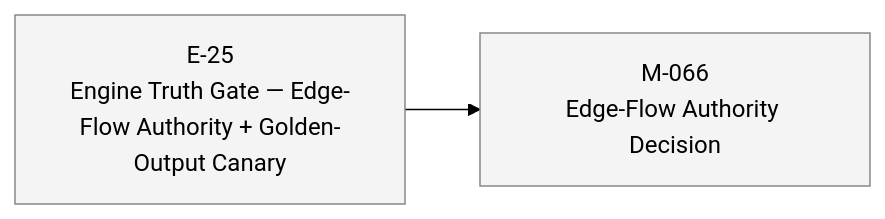
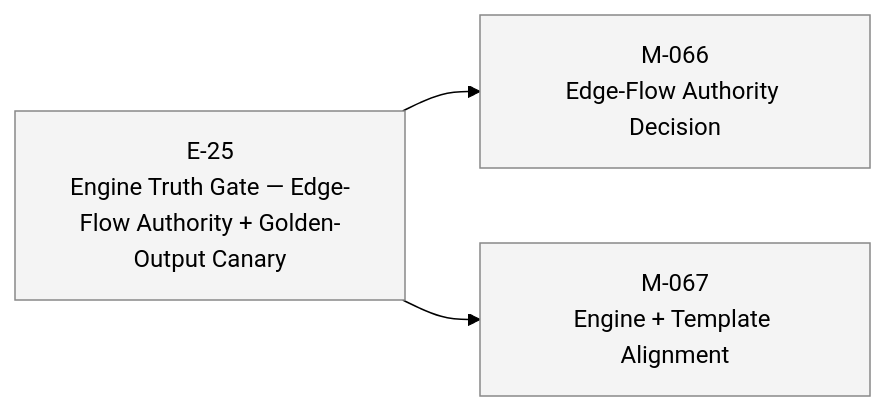
One commit to 23min/FlowTime changed the diagram in STATUS.md. Above: the diagram before and after it, drawn with Mermaid (forest theme). The commit also changed other lines of this file and 1 other file, not shown here.

First line of the commit message:
aiwf add milestone M-067 "Engine + Template Alignment"

````diff
--- a/STATUS.md
+++ b/STATUS.md
@@ -27,12 +28,14 @@
 ```mermaid
 flowchart LR
   E_25["E-25<br/>Engine Truth Gate — Edge-Flow Authority + Golden-Output Canary"]:::epic_proposed
   M_066["M-066<br/>Edge-Flow Authority Decision"]:::ms_draft
   E_25 --> M_066
+  M_067["M-067<br/>Engine + Template Alignment"]:::ms_draft
+  E_25 --> M_067
   classDef epic_active fill:#d6eaff,stroke:#1a73e8,color:#000
   classDef epic_proposed fill:#f4f4f4,stroke:#888,color:#000
   classDef ms_done fill:#d8f5d8,stroke:#2a8a2a,color:#000
   classDef ms_in_progress fill:#fff3c4,stroke:#caa400,color:#000
   classDef ms_draft fill:#f4f4f4,stroke:#888,color:#000
   classDef ms_cancelled fill:#fbeaea,stroke:#c33,color:#000
 ```
````
